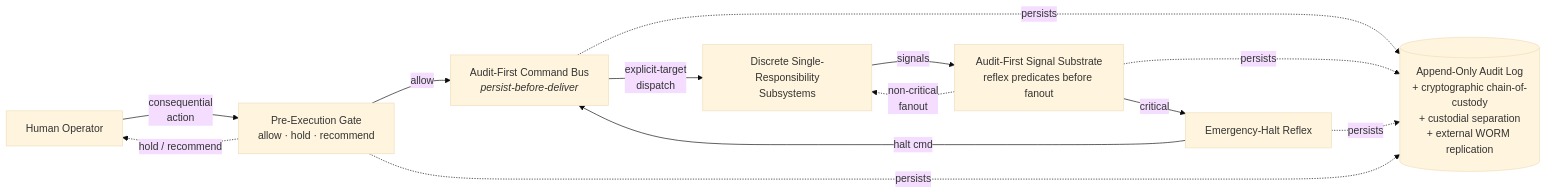
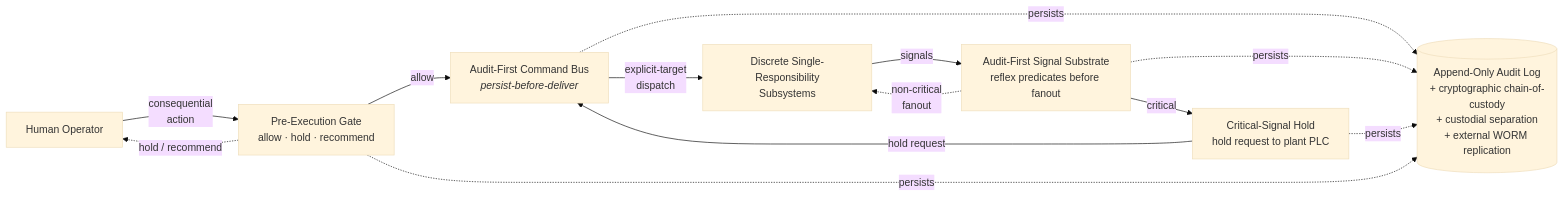
One commit to jmontano1/milo-architecture changed the diagram in README.md. Above: the diagram before and after it, drawn with Mermaid (base theme). The commit also changed other lines of this file and 3 other files, not shown here.

````diff
--- a/README.md
+++ b/README.md
@@ -49,24 +49,24 @@
 ```mermaid
 flowchart LR
     OP[Human Operator]
     GATE[Pre-Execution Gate<br/>allow · hold · recommend]
     BUS[Audit-First Command Bus<br/><i>persist-before-deliver</i>]
     SUB[Discrete Single-Responsibility<br/>Subsystems]
     SIG[Audit-First Signal Substrate<br/>reflex predicates before fanout]
-    REFLEX[Emergency-Halt Reflex]
+    REFLEX[Critical-Signal Hold<br/>hold request to plant PLC]
     AUDIT[(Append-Only Audit Log<br/>+ cryptographic chain-of-custody<br/>+ custodial separation<br/>+ external WORM replication)]
 
     OP -->|"consequential<br/>action"| GATE
     GATE -->|allow| BUS
     GATE -.->|hold / recommend| OP
     BUS -->|"explicit-target<br/>dispatch"| SUB
     SUB -->|signals| SIG
     SIG -->|"critical"| REFLEX
     SIG -.->|"non-critical<br/>fanout"| SUB
-    REFLEX -->|halt cmd| BUS
+    REFLEX -->|hold request| BUS
 
     BUS -.persists.-> AUDIT
     SIG -.persists.-> AUDIT
     REFLEX -.persists.-> AUDIT
     GATE -.persists.-> AUDIT
 ```
````
